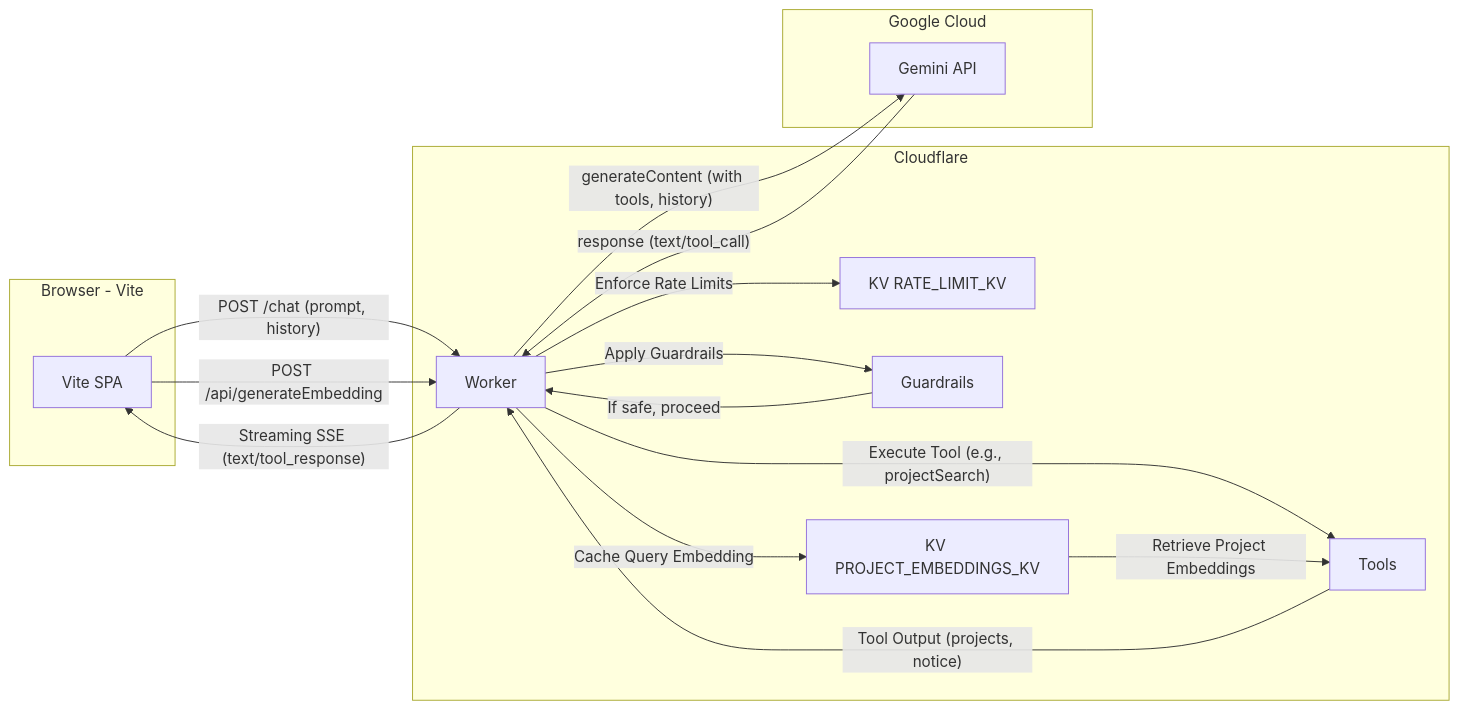
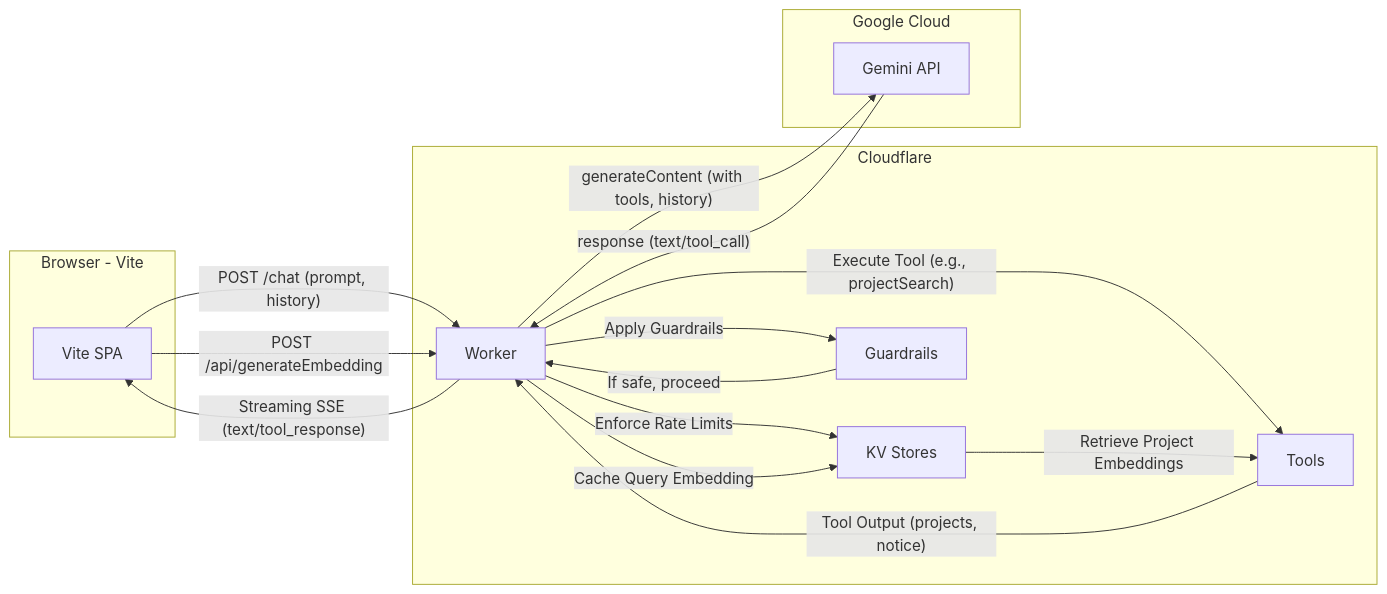
Before and after one commit to Gmpho/AI-powered-Static-portfolio: the diagram in docs/architecture.mmd, drawn with Mermaid. The commit also changed other lines of this file and 24 other files, not shown here.

```diff
--- a/docs/architecture.mmd
+++ b/docs/architecture.mmd
@@ -1,31 +1,30 @@
 graph LR
   %% Nodes
   subgraph Browser ["Browser - Vite"]
     A["Vite SPA"]
   end
 
   subgraph Cloudflare ["Cloudflare"]
     B["Worker"]
-    C["KV RATE_LIMIT_KV"]
+    K["KV Stores"]
     G["Guardrails"]
     T["Tools"]
-    E["KV PROJECT_EMBEDDINGS_KV"]
   end
 
   subgraph GoogleCloud ["Google Cloud"]
     D["Gemini API"]
   end
 
   %% Connections
   A -->|"POST /chat (prompt, history)"| B
   A -->|"POST /api/generateEmbedding"| B
-  B -->|"Enforce Rate Limits"| C
+  B -->|"Enforce Rate Limits"| K
   B -->|"Apply Guardrails"| G
   G -->|"If safe, proceed"| B
   B -->|"generateContent (with tools, history)"| D
   D -->|"response (text/tool_call)"| B
   B -->|"Execute Tool (e.g., projectSearch)"| T
   T -->|"Tool Output (projects, notice)"| B
-  B -->|"Cache Query Embedding"| E
-  E -->|"Retrieve Project Embeddings"| T
+  B -->|"Cache Query Embedding"| K
+  K -->|"Retrieve Project Embeddings"| T
   B -->|"Streaming SSE (text/tool_response)"| A
```
